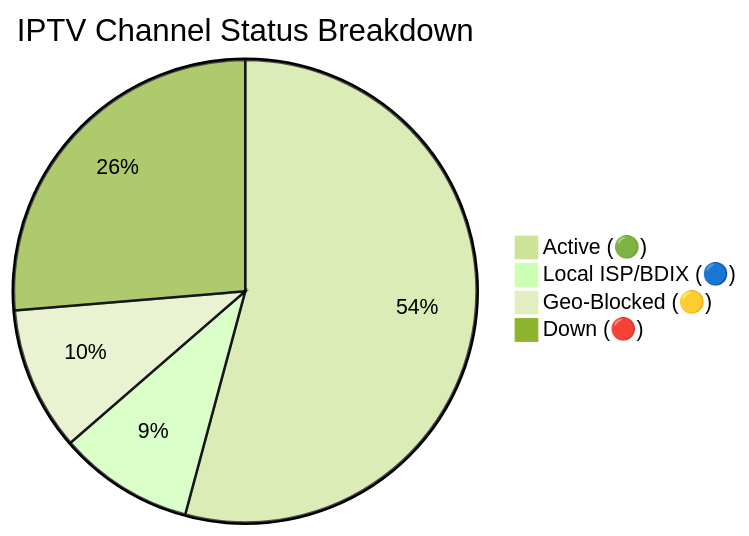
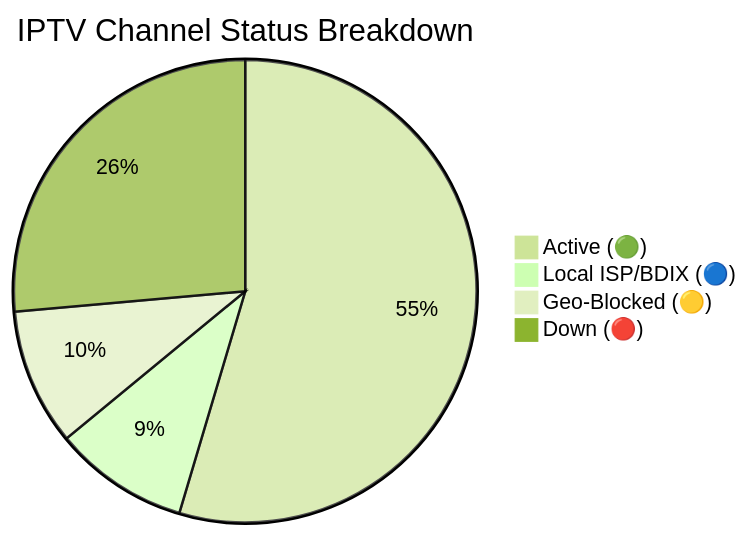
The diagram in README.md (f6388600-ai/Web), drawn with Mermaid (forest theme) before and after one commit. The commit also changed other lines of this file and 6 other files, not shown here.

````diff
--- a/README.md
+++ b/README.md
@@ -149,7 +149,7 @@
 ```mermaid
 pie title IPTV Channel Status Breakdown
-    "Active (🟢)" : 9707
-    "Local ISP/BDIX (🔵)" : 1693
-    "Geo-Blocked (🟡)" : 1800
-    "Down (🔴)" : 4716
+    "Active (🟢)" : 9781
+    "Local ISP/BDIX (🔵)" : 1690
+    "Geo-Blocked (🟡)" : 1713
+    "Down (🔴)" : 4731
 ```
````
